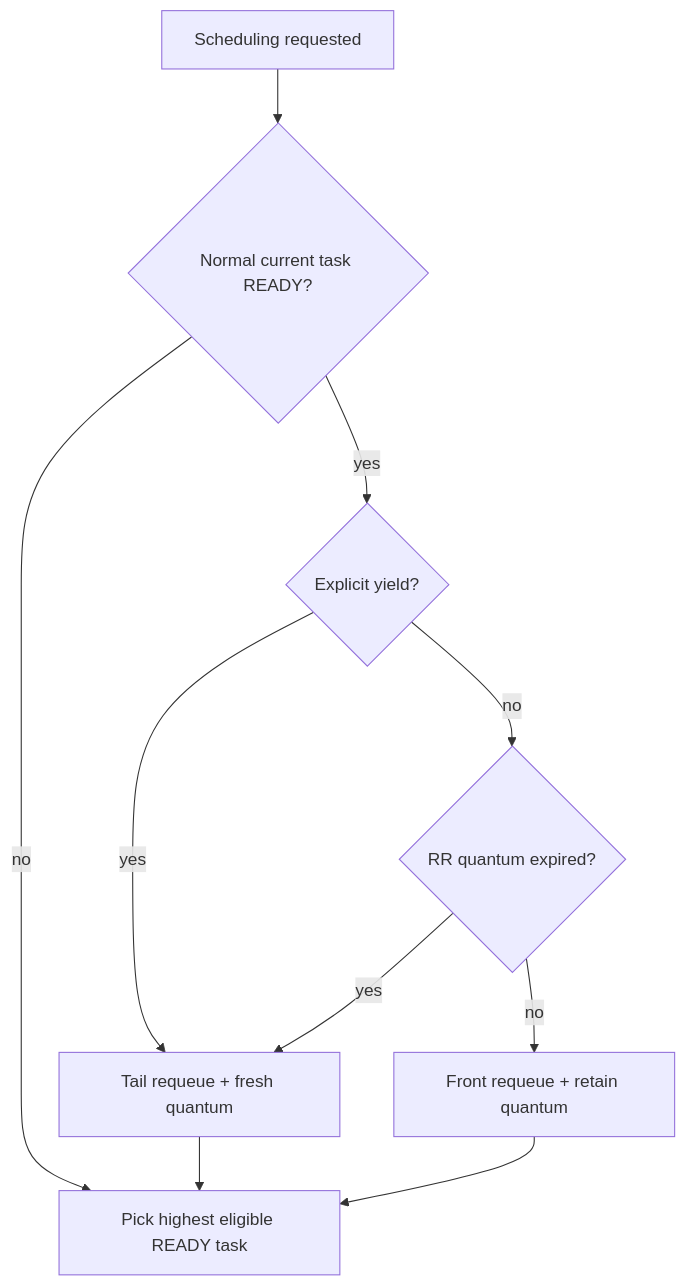
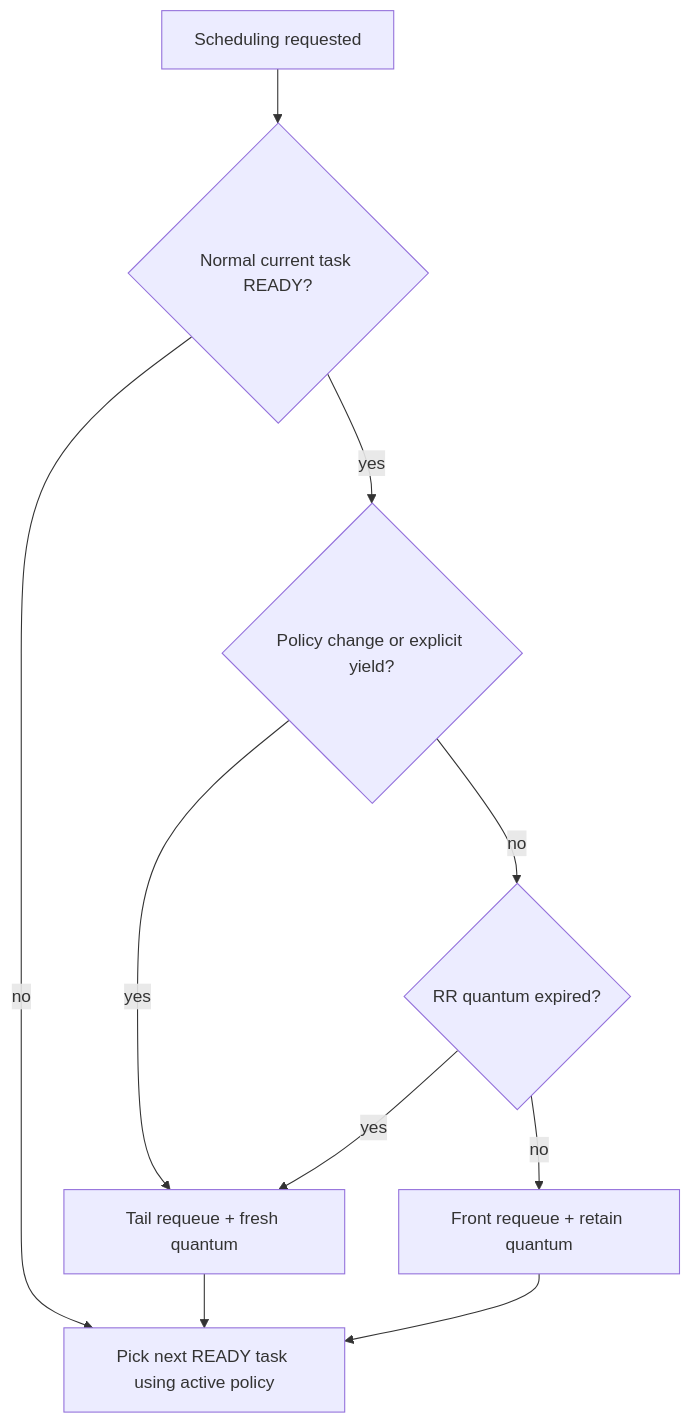
The diagram in docs/SCHEDULING.md (ExoSpaceLabs/hardrt), drawn with Mermaid before and after one commit. The commit also changed other lines of this file and 5 other files, not shown here.

````diff
--- a/docs/SCHEDULING.md
+++ b/docs/SCHEDULING.md
@@ -71,12 +134,12 @@
 ```mermaid
 flowchart TD
     A[Scheduling requested] --> B{Normal current task READY?}
-    B -- no --> P[Pick highest eligible READY task]
-    B -- yes --> C{Explicit yield?}
+    B -- no --> P[Pick next READY task using active policy]
+    B -- yes --> C{Policy change or explicit yield?}
     C -- yes --> D[Tail requeue + fresh quantum]
     C -- no --> E{RR quantum expired?}
     E -- yes --> D
     E -- no --> F[Front requeue + retain quantum]
     D --> P
     F --> P
 ```
````
